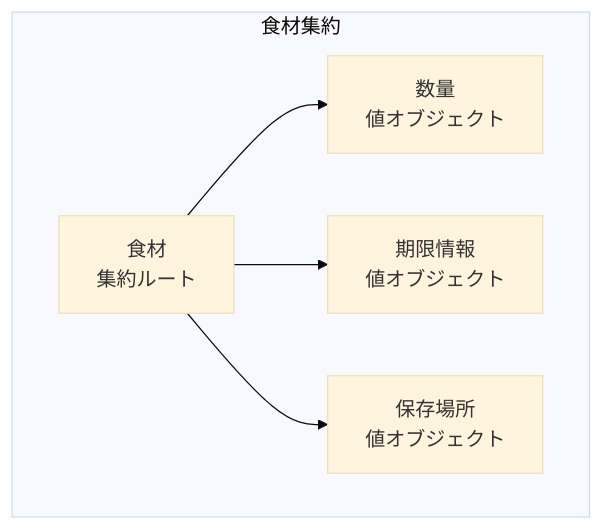
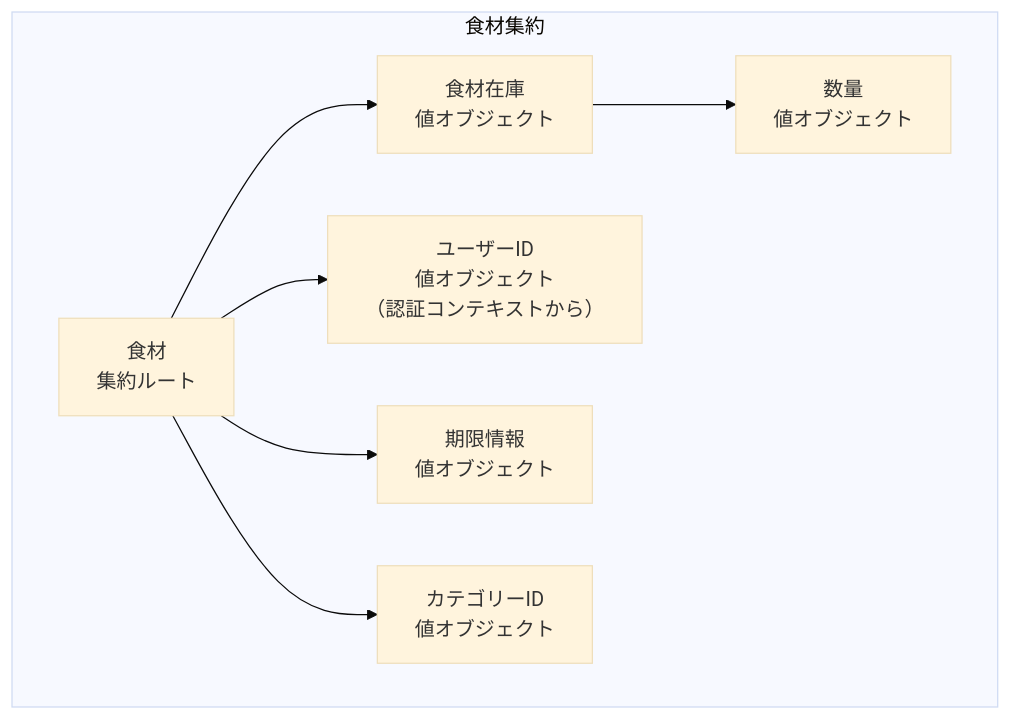
Before and after one commit to komei0727/all_in_one: the first of 2 diagrams in docs/domain/contexts/ingredient-management/aggregates.md, drawn with Mermaid (base theme). The commit also changed other lines of this file and 25 other files, not shown here.

````diff
--- a/docs/domain/contexts/ingredient-management/aggregates.md
+++ b/docs/domain/contexts/ingredient-management/aggregates.md
@@ -24,13 +24,17 @@
 ```mermaid
 graph TD
     subgraph "食材集約"
         Ingredient[食材<br/>集約ルート]
+        IngredientStock[食材在庫<br/>値オブジェクト]
         Quantity[数量<br/>値オブジェクト]
         ExpiryInfo[期限情報<br/>値オブジェクト]
-        StorageLocation[保存場所<br/>値オブジェクト]
+        CategoryId[カテゴリーID<br/>値オブジェクト]
+        UserId[ユーザーID<br/>値オブジェクト<br/>（認証コンテキストから）]
 
-        Ingredient --> Quantity
+        Ingredient --> IngredientStock
+        Ingredient --> UserId
+        IngredientStock --> Quantity
         Ingredient --> ExpiryInfo
-        Ingredient --> StorageLocation
+        Ingredient --> CategoryId
     end
 ```
````
